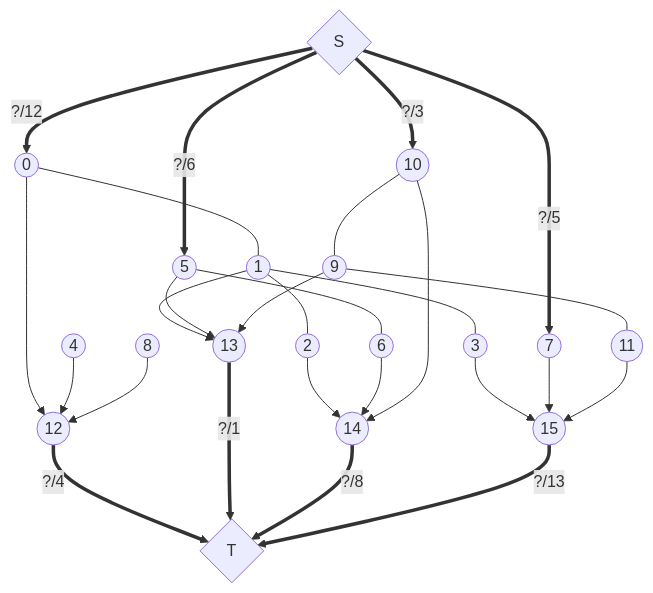
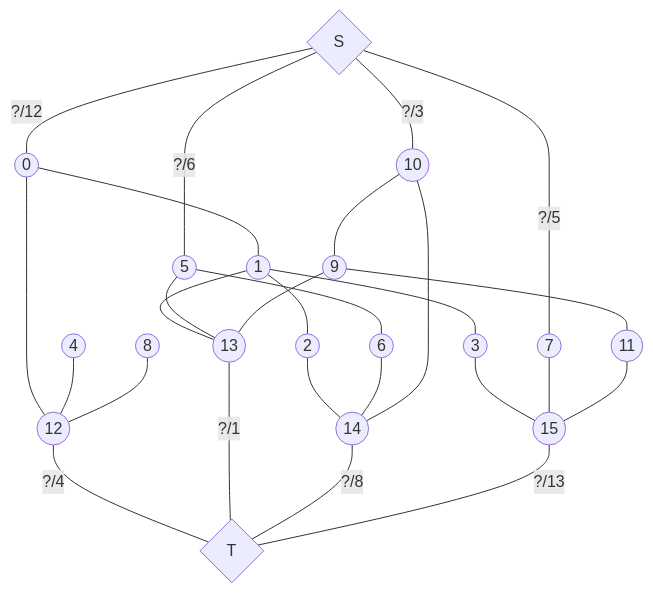
The third of 3 diagrams in sem2/AuW/UE/cx/bf/cx12-great-harvest.md (bfeitknecht/vault), drawn with Mermaid before and after one commit.

Commit message:
backup: 2024-07-02 02:15:06 from MacBook Pro (echo)
Affected files:
sem2/AuW/UE/cx/bf/cx12-great-harvest.md

````diff
--- a/sem2/AuW/UE/cx/bf/cx12-great-harvest.md
+++ b/sem2/AuW/UE/cx/bf/cx12-great-harvest.md
@@ -80,58 +80,58 @@
 ```mermaid
 flowchart TD
 
 idS{"S"}
 idT{"T"}
 
 %% variety 1
 id1a((0))
 id2a((1))
 id3a((2))
 id4a((3))
 
 %% variety 2
 id1b((4))
 id2b((5))
 id3b((6))
 id4b((7))
 
 %% variety 3
 id1c((8))
 id2c((9))
 id3c((10))
 id4c((11))
 
 %% cities
 id1((12))
 id2((13))
 id3((14))
 id4((15))
   
 
 %%%%%%%%%%%%%%%%%%%%%%%%%%%%%%%%%%%%%%%%%%%%
 
-idS ==>|"?/12"| id1a
-idS ==>|"?/6"| id2b
-idS ==>|"?/3"| id3c
-idS ==>|"?/5"| id4b
+idS ---|"?/12"| id1a
+idS ---|"?/6"| id2b
+idS ---|"?/3"| id3c
+idS ---|"?/5"| id4b
 
-id1a & id1b & id1c --> id1
-id2a & id2b & id2c --> id2
-id3a & id3b & id3c --> id3
-id4a & id4b & id4c --> id4
+id1a & id1b & id1c --- id1
+id2a & id2b & id2c --- id2
+id3a & id3b & id3c --- id3
+id4a & id4b & id4c --- id4
 
 id1a --- id2a
 
 id2a --- id3a & id4a
 id2b --- id3b
 id2c --- id4c
 
 id3c --- id2c
 
-id1 ==>|"?/4"| idT
-id2 ==>|"?/1"| idT
-id3 ==>|"?/8"| idT
-id4 ==>|"?/13"| idT
+id1 ---|"?/4"| idT
+id2 ---|"?/1"| idT
+id3 ---|"?/8"| idT
+id4 ---|"?/13"| idT
 
 
 ```
````
